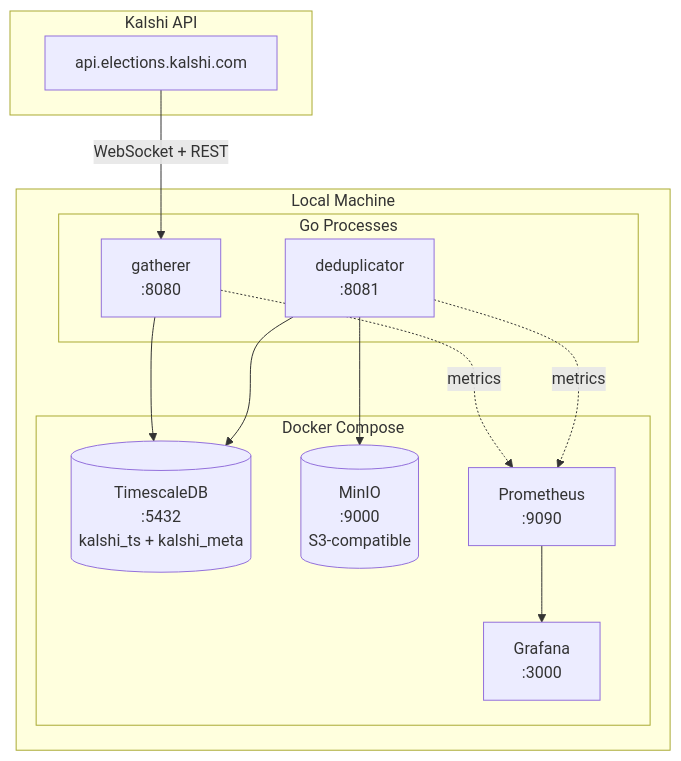
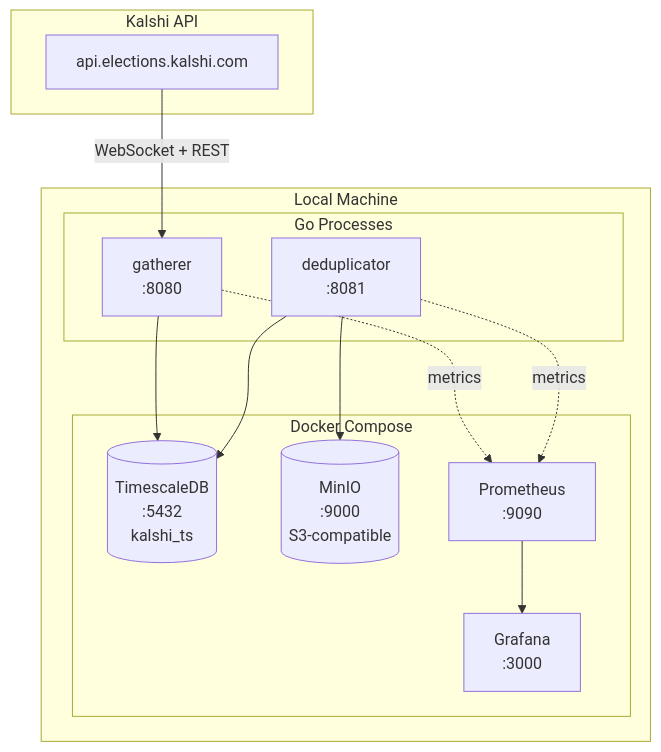
The first of 2 diagrams in docs/kalshi-data/development/local-dev.md (Projectsrxg/kalshi_v2), drawn with Mermaid before and after one commit. The commit also changed other lines of this file and 27 other files, not shown here.

````diff
--- a/docs/kalshi-data/development/local-dev.md
+++ b/docs/kalshi-data/development/local-dev.md
@@ -21,28 +20,28 @@
 ```mermaid
 flowchart TB
     subgraph External["Kalshi API"]
         KALSHI[api.elections.kalshi.com]
     end
 
     subgraph Local["Local Machine"]
         subgraph Docker["Docker Compose"]
-            TS[("TimescaleDB<br/>:5432<br/>kalshi_ts + kalshi_meta")]
+            TS[("TimescaleDB<br/>:5432<br/>kalshi_ts")]
             MINIO[("MinIO<br/>:9000<br/>S3-compatible")]
             PROM[Prometheus<br/>:9090]
             GRAF[Grafana<br/>:3000]
         end
 
         subgraph Process["Go Processes"]
             GATHERER[gatherer<br/>:8080]
             DEDUP[deduplicator<br/>:8081]
         end
     end
 
     KALSHI -->|WebSocket + REST| GATHERER
     GATHERER --> TS
     DEDUP --> TS
     DEDUP --> MINIO
     GATHERER -.->|metrics| PROM
     DEDUP -.->|metrics| PROM
     PROM --> GRAF
 ```
````
